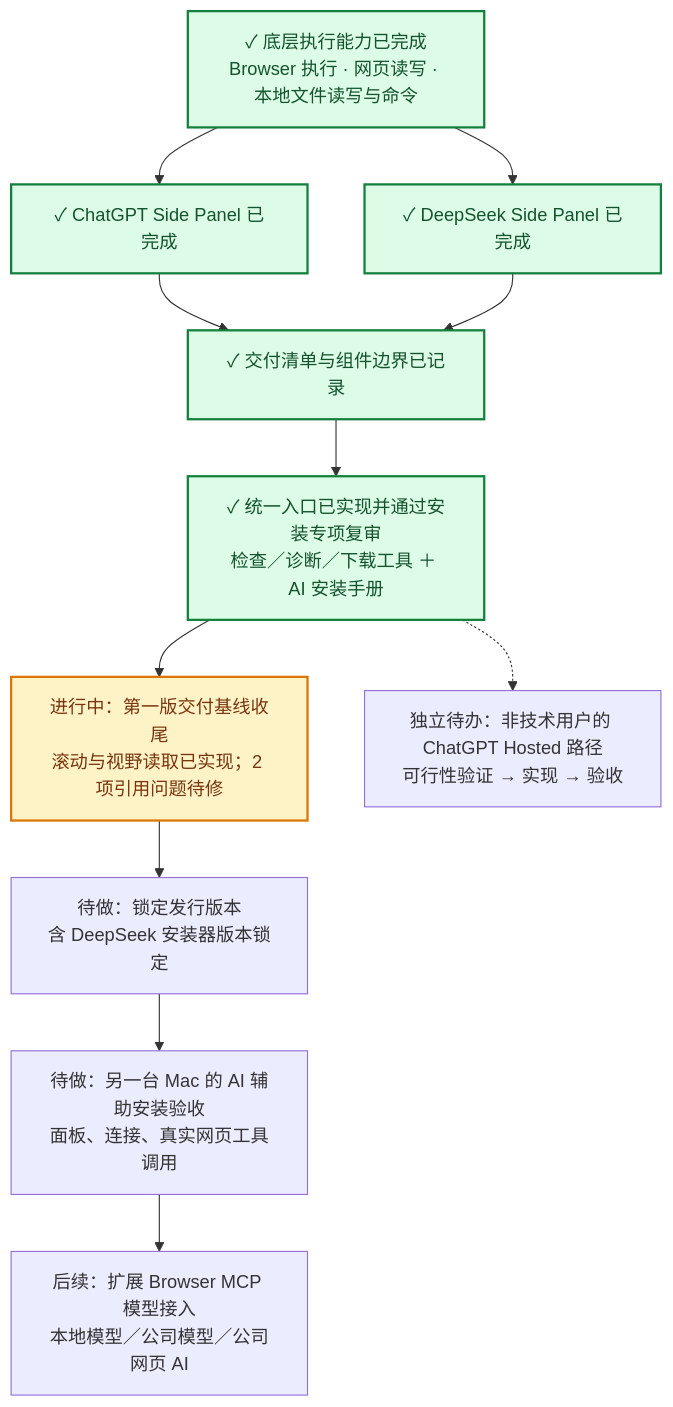
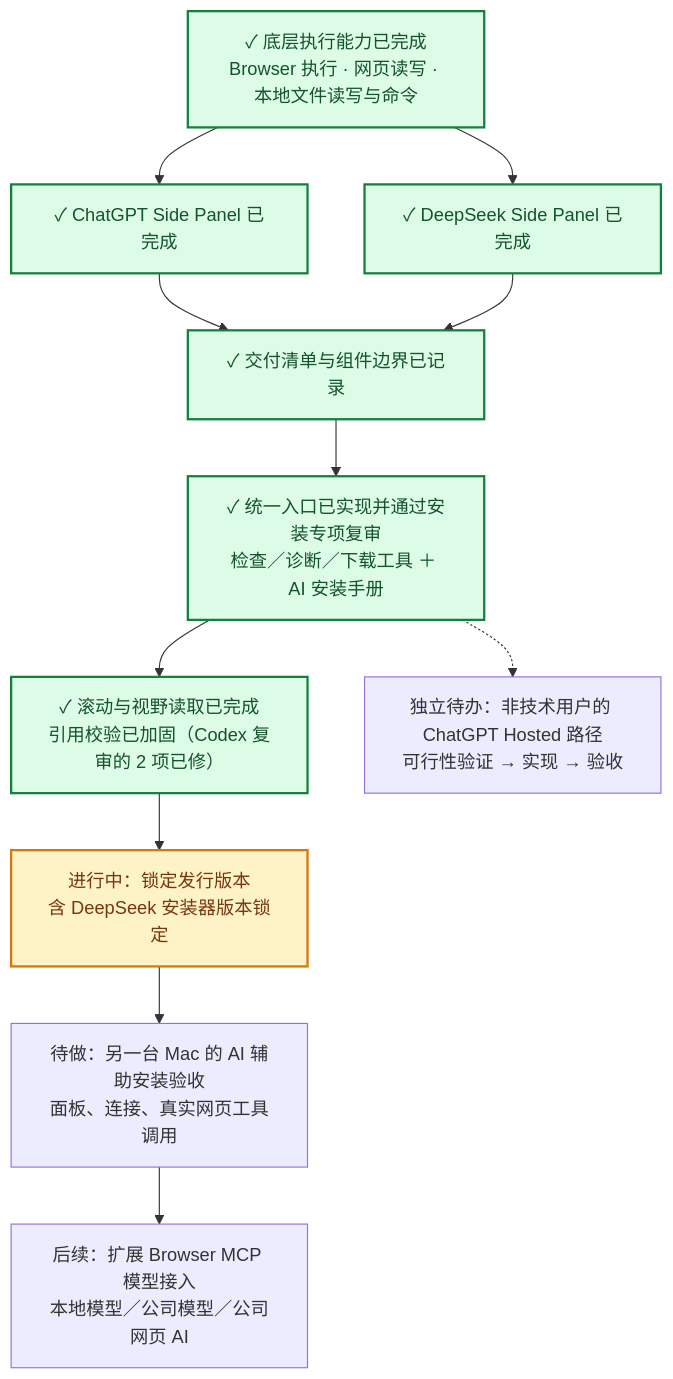
Before and after one commit to zengtao227/chatgpt-embedded-panel: the diagram in ROADMAP.md, drawn with Mermaid. The commit also changed other lines of this file and 3 other files, not shown here.

````diff
--- a/ROADMAP.md
+++ b/ROADMAP.md
@@ -7,16 +7,16 @@
 ```mermaid
 flowchart TD
     B["✓ 底层执行能力已完成<br/>Browser 执行 · 网页读写 · 本地文件读写与命令"]:::done
     B --> C["✓ ChatGPT Side Panel 已完成"]:::done
     B --> D["✓ DeepSeek Side Panel 已完成"]:::done
     C --> I["✓ 交付清单与组件边界已记录"]:::done
     D --> I
     I --> U["✓ 统一入口已实现并通过安装专项复审<br/>检查／诊断／下载工具 ＋ AI 安装手册"]:::done
-    U --> W["进行中：第一版交付基线收尾<br/>滚动与视野读取已实现；2 项引用问题待修"]:::active
-    W --> V["待做：锁定发行版本<br/>含 DeepSeek 安装器版本锁定"]
+    U --> W["✓ 滚动与视野读取已完成<br/>引用校验已加固（Codex 复审的 2 项已修）"]:::done
+    W --> V["进行中：锁定发行版本<br/>含 DeepSeek 安装器版本锁定"]:::active
     V --> M["待做：另一台 Mac 的 AI 辅助安装验收<br/>面板、连接、真实网页工具调用"]
     M --> E["后续：扩展 Browser MCP 模型接入<br/>本地模型／公司模型／公司网页 AI"]
     U -.-> H["独立待办：非技术用户的 ChatGPT Hosted 路径<br/>可行性验证 → 实现 → 验收"]
     classDef done fill:#dcfce7,stroke:#15803d,color:#14532d,stroke-width:2px;
     classDef active fill:#fef3c7,stroke:#d97706,color:#78350f,stroke-width:2px;
 ```
````
